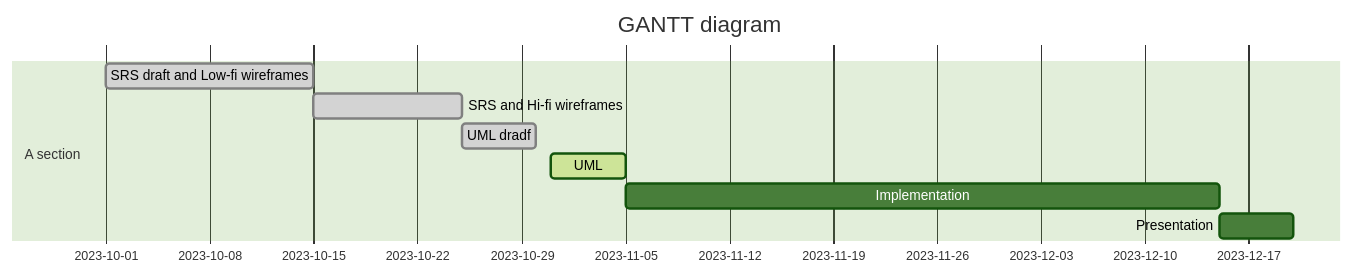
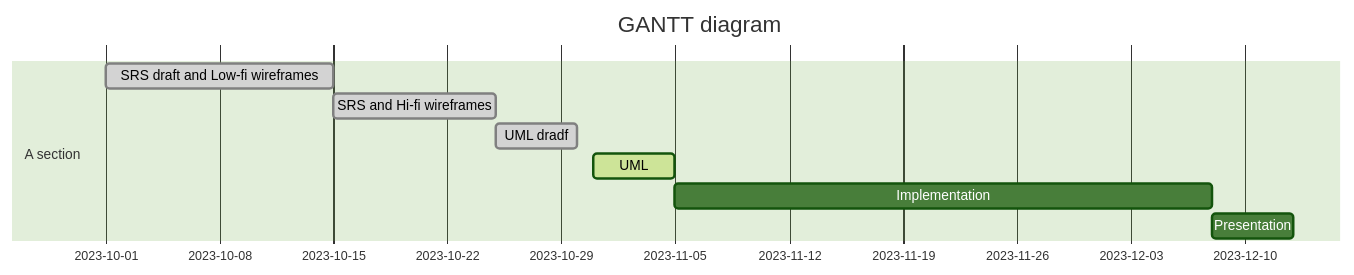
Before and after one commit to CS5520-Seattle-Fall23/finalproject-fantastic-four: the third of 3 diagrams in README.md, drawn with Mermaid (forest theme). The commit also changed other lines of this file, not shown here.

````diff
--- a/README.md
+++ b/README.md
@@ -188,13 +178,13 @@
 ```mermaid
 gantt
 dateFormat  YYYY-MM-DD
 title  GANTT diagram
 
 section A section
 SRS draft and Low-fi wireframes    :done,    des1, 2023-10-01,2023-10-15
 SRS and Hi-fi wireframes      :done,    des2, 2023-10-15,2023-10-25
 UML dradf                     :done,    des3, 2023-10-25,2023-10-30
 UML                            :active,  des4, 2023-10-31, 5d
-Implementation               : des5, after des4, 40d
+Implementation               : des5, after des4, 33d
 Presentation               :  des6, after des5, 5d
 ```
````
